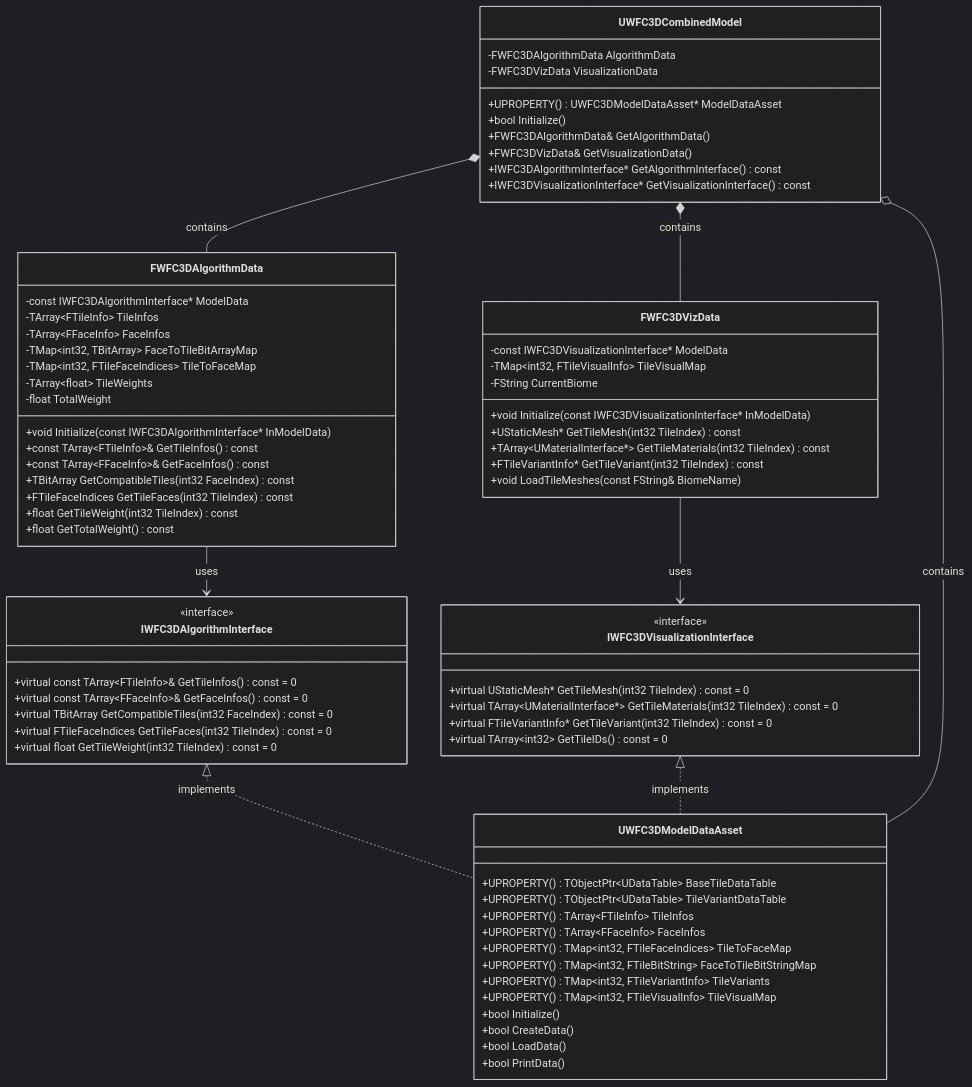
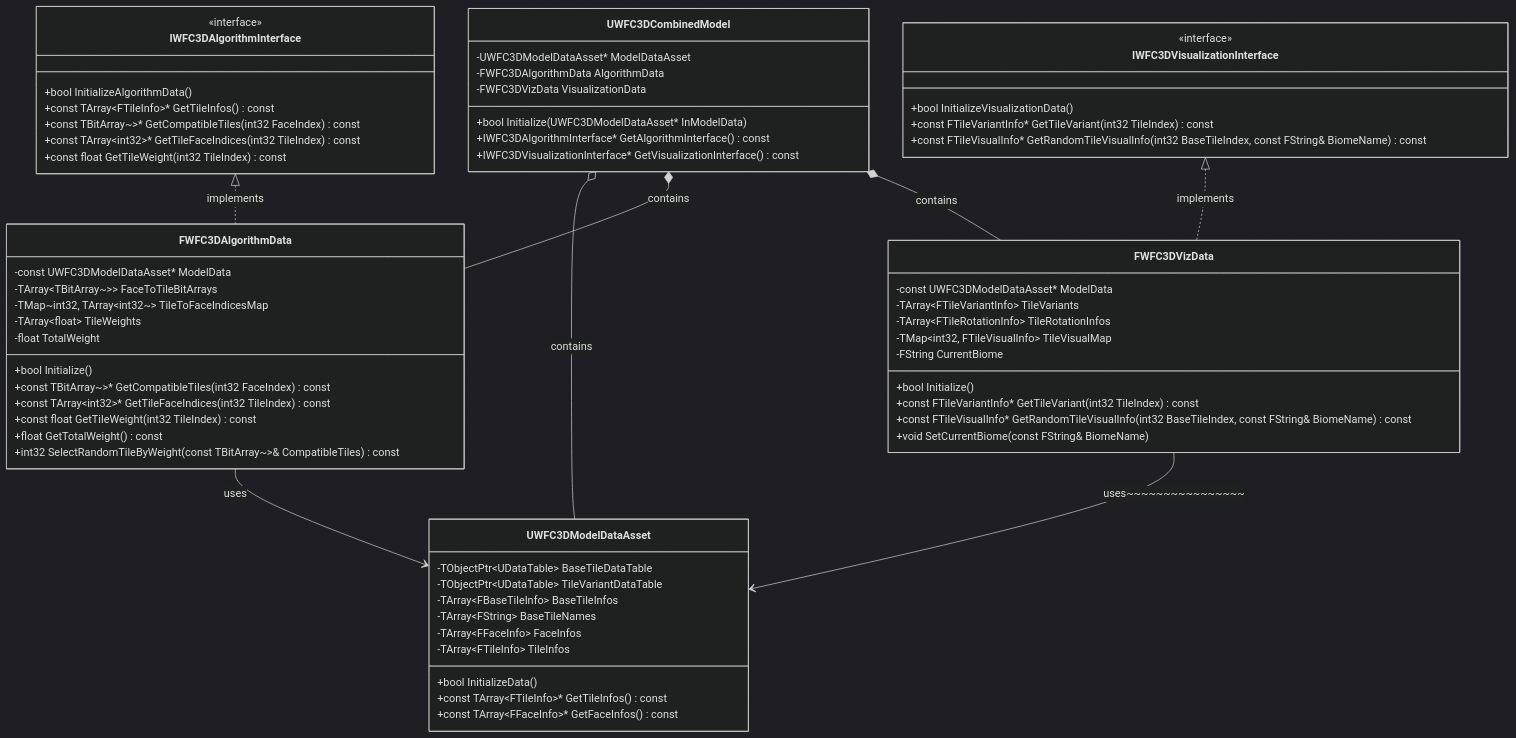
One commit to devouring123/ProceduralWorld changed the diagram in WFCModelClassDiagram.md. Above: the diagram before and after it, drawn with Mermaid (dark theme). The commit also changed 10 other files, not shown here.

Commit message:
Refactor WFC3D model data structures: convert WFC3DAlgorithmData and WFC3DVizData to structs, update constructors for improved initialization, and enhance interface methods for better data access and error handling.

````diff
--- a/WFCModelClassDiagram.md
+++ b/WFCModelClassDiagram.md
@@ -3,86 +3,74 @@
 %% 인터페이스 정의
     class IWFC3DAlgorithmInterface {
         <<interface>>
-        +virtual const TArray~FTileInfo~& GetTileInfos() const = 0
-        +virtual const TArray~FFaceInfo~& GetFaceInfos() const = 0
-        +virtual TBitArray GetCompatibleTiles(int32 FaceIndex) const = 0
-        +virtual FTileFaceIndices GetTileFaces(int32 TileIndex) const = 0
-        +virtual float GetTileWeight(int32 TileIndex) const = 0
+        +bool InitializeAlgorithmData()
+        +const TArray~FTileInfo~* GetTileInfos() const
+        +const TBitArray~>* GetCompatibleTiles(int32 FaceIndex) const
+        +const TArray~int32~* GetTileFaceIndices(int32 TileIndex) const
+        +const float GetTileWeight(int32 TileIndex) const
     }
 
     class IWFC3DVisualizationInterface {
         <<interface>>
-        +virtual UStaticMesh* GetTileMesh(int32 TileIndex) const = 0
-        +virtual TArray~UMaterialInterface*~ GetTileMaterials(int32 TileIndex) const = 0
-        +virtual FTileVariantInfo* GetTileVariant(int32 TileIndex) const = 0
-        +virtual TArray~int32~ GetTileIDs() const = 0
+        +bool InitializeVisualizationData()
+        +const FTileVariantInfo* GetTileVariant(int32 TileIndex) const
+        +const FTileVisualInfo* GetRandomTileVisualInfo(int32 BaseTileIndex, const FString& BiomeName) const
     }
 
-%% 데이터 에셋 및 구현 클래스
+%% 주요 클래스들
     class UWFC3DModelDataAsset {
-        +UPROPERTY() TObjectPtr~UDataTable~ BaseTileDataTable
-        +UPROPERTY() TObjectPtr~UDataTable~ TileVariantDataTable
-        +UPROPERTY() TArray~FTileInfo~ TileInfos
-        +UPROPERTY() TArray~FFaceInfo~ FaceInfos
-        +UPROPERTY() TMap~int32, FTileFaceIndices~ TileToFaceMap
-        +UPROPERTY() TMap~int32, FTileBitString~ FaceToTileBitStringMap
-        +UPROPERTY() TMap~int32, FTileVariantInfo~ TileVariants
-        +UPROPERTY() TMap~int32, FTileVisualInfo~ TileVisualMap
-
-        +bool Initialize()
-        +bool CreateData()
-        +bool LoadData()
-        +bool PrintData()
+        -TObjectPtr~UDataTable~ BaseTileDataTable
+        -TObjectPtr~UDataTable~ TileVariantDataTable
+        -TArray~FBaseTileInfo~ BaseTileInfos
+        -TArray~FString~ BaseTileNames
+        -TArray~FFaceInfo~ FaceInfos
+        -TArray~FTileInfo~ TileInfos
+        +bool InitializeData()
+        +const TArray~FTileInfo~* GetTileInfos() const
+        +const TArray~FFaceInfo~* GetFaceInfos() const
     }
 
     class FWFC3DAlgorithmData {
-        -const IWFC3DAlgorithmInterface* ModelData
-        -TArray~FTileInfo~ TileInfos
-        -TArray~FFaceInfo~ FaceInfos
-        -TMap~int32, TBitArray~ FaceToTileBitArrayMap
-        -TMap~int32, FTileFaceIndices~ TileToFaceMap
+        -const UWFC3DModelDataAsset* ModelData
+        -TArray~TBitArray~>~ FaceToTileBitArrays
+        -TMap~int32, TArray~int32~~ TileToFaceIndicesMap
         -TArray~float~ TileWeights
         -float TotalWeight
-
-        +void Initialize(const IWFC3DAlgorithmInterface* InModelData)
-        +const TArray~FTileInfo~& GetTileInfos() const
-        +const TArray~FFaceInfo~& GetFaceInfos() const
-        +TBitArray GetCompatibleTiles(int32 FaceIndex) const
-        +FTileFaceIndices GetTileFaces(int32 TileIndex) const
-        +float GetTileWeight(int32 TileIndex) const
+        +bool Initialize()
+        +const TBitArray~>* GetCompatibleTiles(int32 FaceIndex) const
+        +const TArray~int32~* GetTileFaceIndices(int32 TileIndex) const
+        +const float GetTileWeight(int32 TileIndex) const
         +float GetTotalWeight() const
+        +int32 SelectRandomTileByWeight(const TBitArray~>& CompatibleTiles) const
     }
 
     class FWFC3DVizData {
-        -const IWFC3DVisualizationInterface* ModelData
+        -const UWFC3DModelDataAsset* ModelData
+        -TArray~FTileVariantInfo~ TileVariants
+        -TArray~FTileRotationInfo~ TileRotationInfos
         -TMap~int32, FTileVisualInfo~ TileVisualMap
         -FString CurrentBiome
-
-        +void Initialize(const IWFC3DVisualizationInterface* InModelData)
-        +UStaticMesh* GetTileMesh(int32 TileIndex) const
-        +TArray~UMaterialInterface*~ GetTileMaterials(int32 TileIndex) const
-        +FTileVariantInfo* GetTileVariant(int32 TileIndex) const
-        +void LoadTileMeshes(const FString& BiomeName)
+        +bool Initialize()
+        +const FTileVariantInfo* GetTileVariant(int32 TileIndex) const
+        +const FTileVisualInfo* GetRandomTileVisualInfo(int32 BaseTileIndex, const FString& BiomeName) const
+        +void SetCurrentBiome(const FString& BiomeName)
     }
 
     class UWFC3DCombinedModel {
-        +UPROPERTY() UWFC3DModelDataAsset* ModelDataAsset
+        -UWFC3DModelDataAsset* ModelDataAsset
         -FWFC3DAlgorithmData AlgorithmData
         -FWFC3DVizData VisualizationData
-
-        +bool Initialize()
-        +FWFC3DAlgorithmData& GetAlgorithmData()
-        +FWFC3DVizData& GetVisualizationData()
+        +bool Initialize(UWFC3DModelDataAsset* InModelData)
         +IWFC3DAlgorithmInterface* GetAlgorithmInterface() const
         +IWFC3DVisualizationInterface* GetVisualizationInterface() const
     }
 
 %% 관계 정의
-    IWFC3DAlgorithmInterface <|.. UWFC3DModelDataAsset : implements
-    IWFC3DVisualizationInterface <|.. UWFC3DModelDataAsset : implements
+    IWFC3DAlgorithmInterface <|.. FWFC3DAlgorithmData : implements
+    IWFC3DVisualizationInterface <|.. FWFC3DVizData : implements
     UWFC3DCombinedModel o-- UWFC3DModelDataAsset : contains
     UWFC3DCombinedModel *-- FWFC3DAlgorithmData : contains
     UWFC3DCombinedModel *-- FWFC3DVizData : contains
-    FWFC3DAlgorithmData --> IWFC3DAlgorithmInterface : uses
-    FWFC3DVizData --> IWFC3DVisualizationInterface : uses
+    FWFC3DAlgorithmData --> UWFC3DModelDataAsset : uses
+    FWFC3DVizData --> UWFC3DModelDataAsset : uses~~~~~~~~~~~~~~~~
 ```
````
